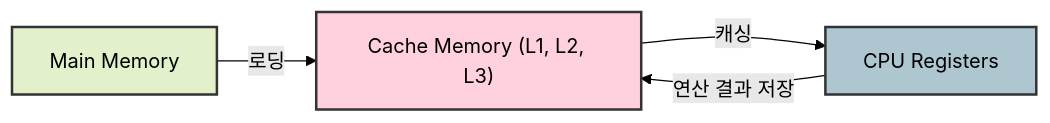
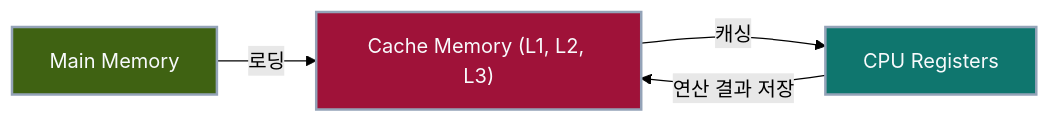
One commit to Kang-Hyesung/kang-hyesung.github.io changed the diagram in _posts/java/12-멀티스레드_기본_이론/2026-03-04-컴퓨터-구조에-대한-상식.md. Above: the diagram before and after it, drawn with Mermaid (forest theme). The commit also changed 74 other files, not shown here.

Commit message:
docs: update post visibility and mermaid colors

````diff
--- a/_posts/java/12-멀티스레드_기본_이론/2026-03-04-컴퓨터-구조에-대한-상식.md
+++ b/_posts/java/12-멀티스레드_기본_이론/2026-03-04-컴퓨터-구조에-대한-상식.md
@@ -20,12 +20,12 @@
 ```mermaid
 graph LR
     A["Main Memory"] -->|로딩| B["Cache Memory (L1, L2, L3)"]
     B -->|캐싱| C["CPU Registers"]
     C -->|연산 결과 저장| B
 
     %% 스타일 정의
-    style A fill:#e2f0cb,stroke:#333,stroke-width:2px
-    style B fill:#ffd1dc,stroke:#333,stroke-width:2px
-    style C fill:#aec6cf,stroke:#333,stroke-width:2px
+    style A fill:#3f6212,stroke:#94a3b8,stroke-width:2px,color:#f8fafc
+    style B fill:#9f1239,stroke:#94a3b8,stroke-width:2px,color:#f8fafc
+    style C fill:#0f766e,stroke:#94a3b8,stroke-width:2px,color:#f8fafc
 
 ```
````
